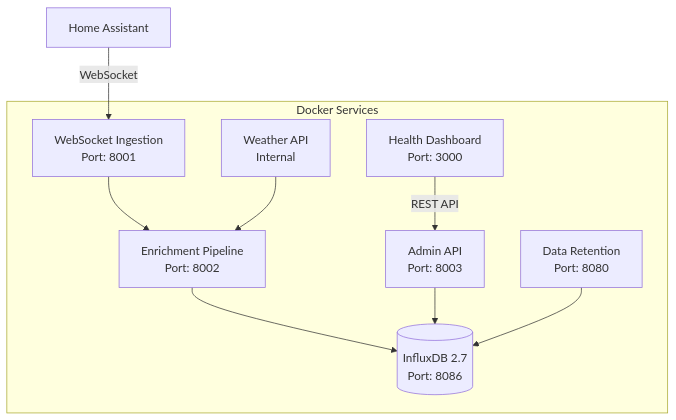
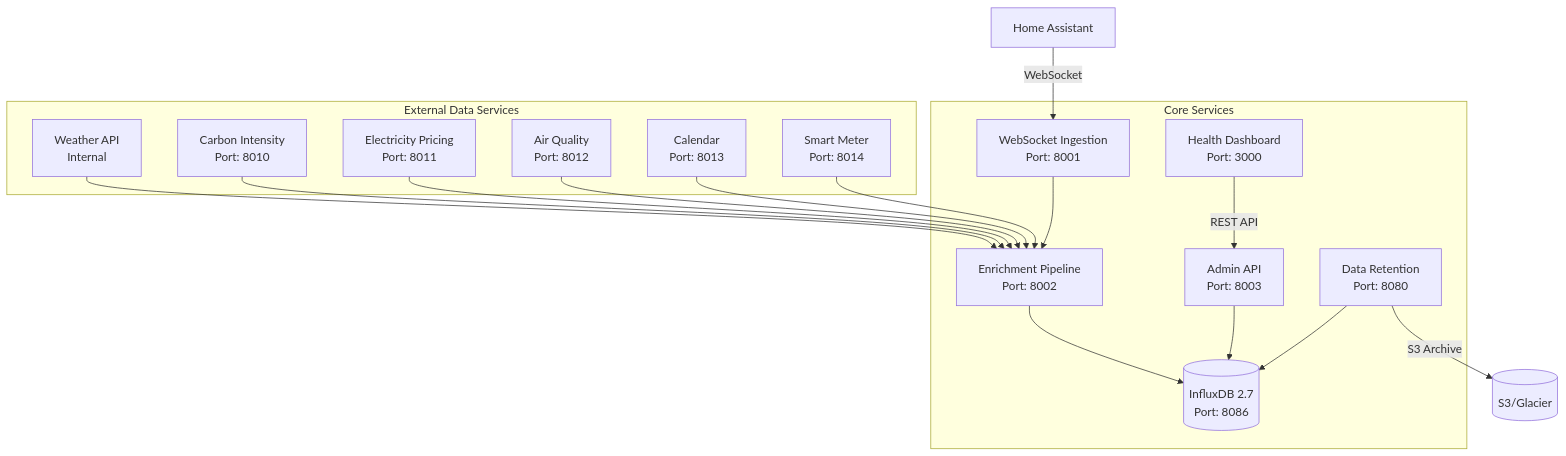
The diagram in docs/architecture.md (wtthornton/ha-ingestor), drawn with Mermaid before and after one commit. The commit also changed other lines of this file and 84 other files, not shown here.

````diff
--- a/docs/architecture.md
+++ b/docs/architecture.md
@@ -20,22 +20,37 @@
 ```mermaid
 graph TB
     HA[Home Assistant] -->|WebSocket| WS[WebSocket Ingestion<br/>Port: 8001]
     WS --> ENRICH[Enrichment Pipeline<br/>Port: 8002]
     ENRICH --> INFLUX[(InfluxDB 2.7<br/>Port: 8086)]
     
     DASH[Health Dashboard<br/>Port: 3000] -->|REST API| ADMIN[Admin API<br/>Port: 8003]
     ADMIN --> INFLUX
     
     WEATHER[Weather API<br/>Internal] --> ENRICH
+    CARBON[Carbon Intensity<br/>Port: 8010] --> ENRICH
+    PRICING[Electricity Pricing<br/>Port: 8011] --> ENRICH
+    AIRQ[Air Quality<br/>Port: 8012] --> ENRICH
+    CAL[Calendar<br/>Port: 8013] --> ENRICH
+    METER[Smart Meter<br/>Port: 8014] --> ENRICH
+    
     RETENTION[Data Retention<br/>Port: 8080] --> INFLUX
+    RETENTION -->|S3 Archive| S3[(S3/Glacier)]
     
-    subgraph "Docker Services"
+    subgraph "Core Services"
         WS
         ENRICH
         ADMIN
         DASH
-        WEATHER
         RETENTION
         INFLUX
     end
+    
+    subgraph "External Data Services"
+        WEATHER
+        CARBON
+        PRICING
+        AIRQ
+        CAL
+        METER
+    end
 ```
````
